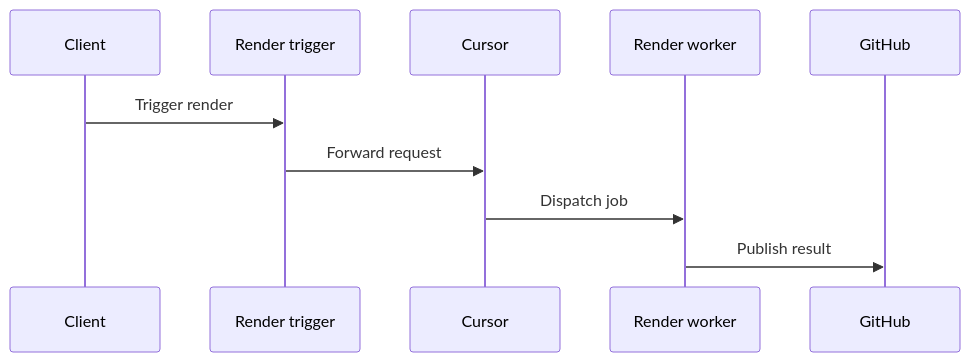
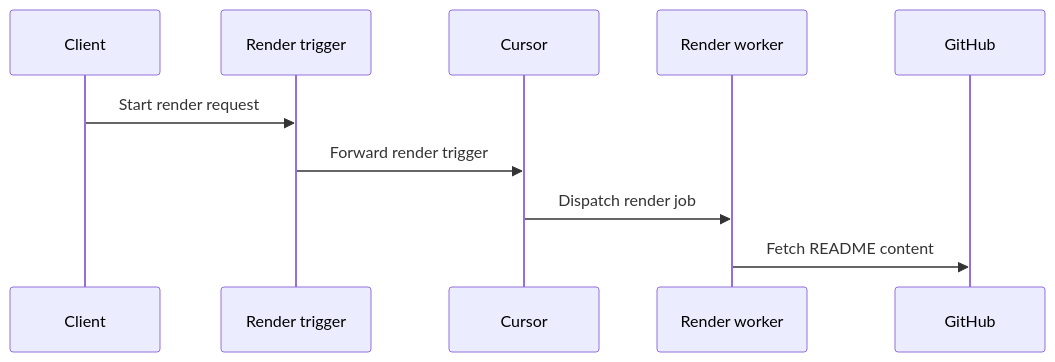
Before and after one commit to starmorph/mermaid-anywhere: the diagram in README.md, drawn with Mermaid. The commit also changed other lines of this file, not shown here.

Commit message:
docs: refine README render sequence diagram

````diff
--- a/README.md
+++ b/README.md
@@ -46,13 +46,13 @@
 ```mermaid
 sequenceDiagram
     participant Client
     participant RenderTrigger as Render trigger
     participant Cursor
     participant RenderWorker as Render worker
     participant GitHub
 
-    Client->>RenderTrigger: Trigger render
-    RenderTrigger->>Cursor: Forward request
-    Cursor->>RenderWorker: Dispatch job
-    RenderWorker->>GitHub: Publish result
+    Client->>RenderTrigger: Start render request
+    RenderTrigger->>Cursor: Forward render trigger
+    Cursor->>RenderWorker: Dispatch render job
+    RenderWorker->>GitHub: Fetch README content
 ```
````
